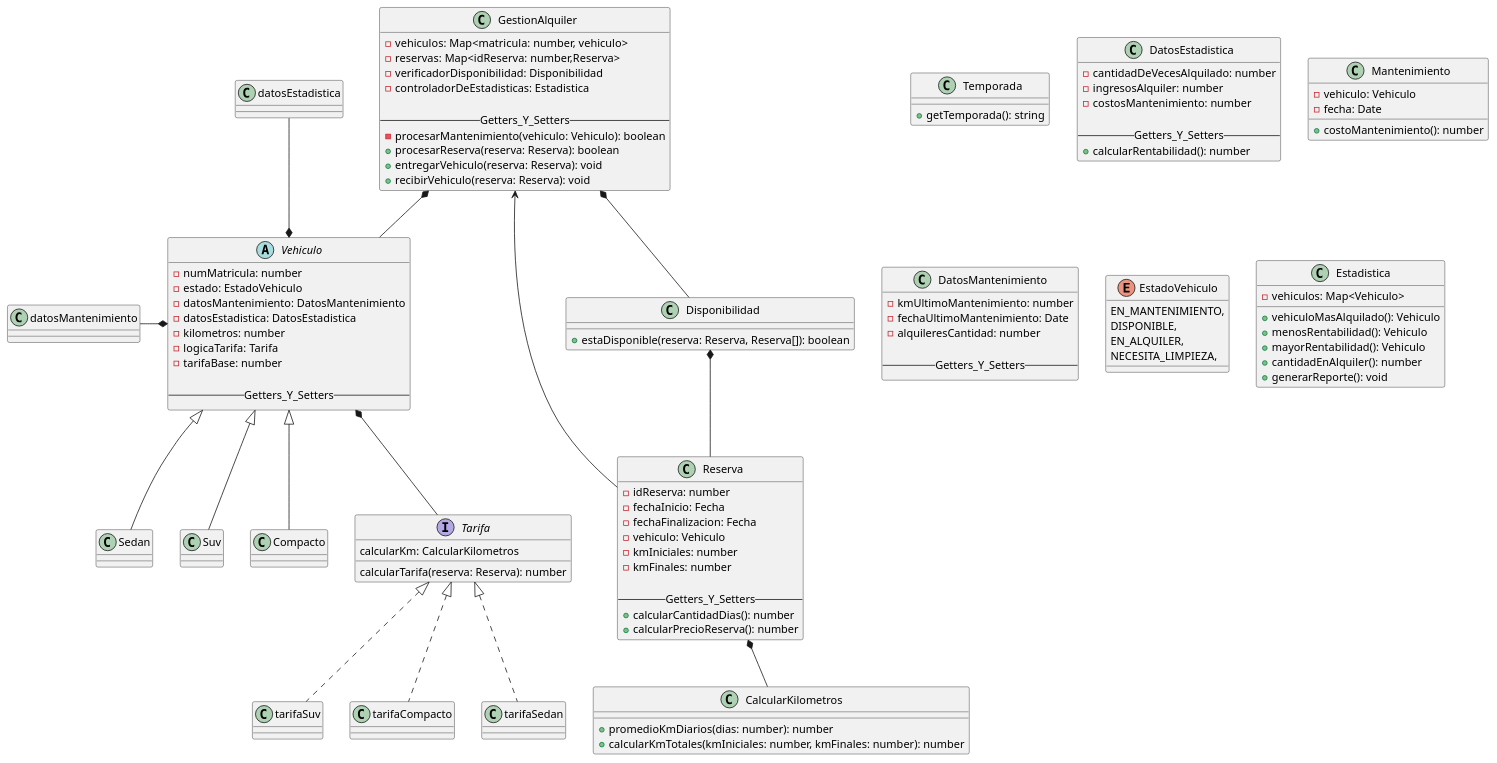
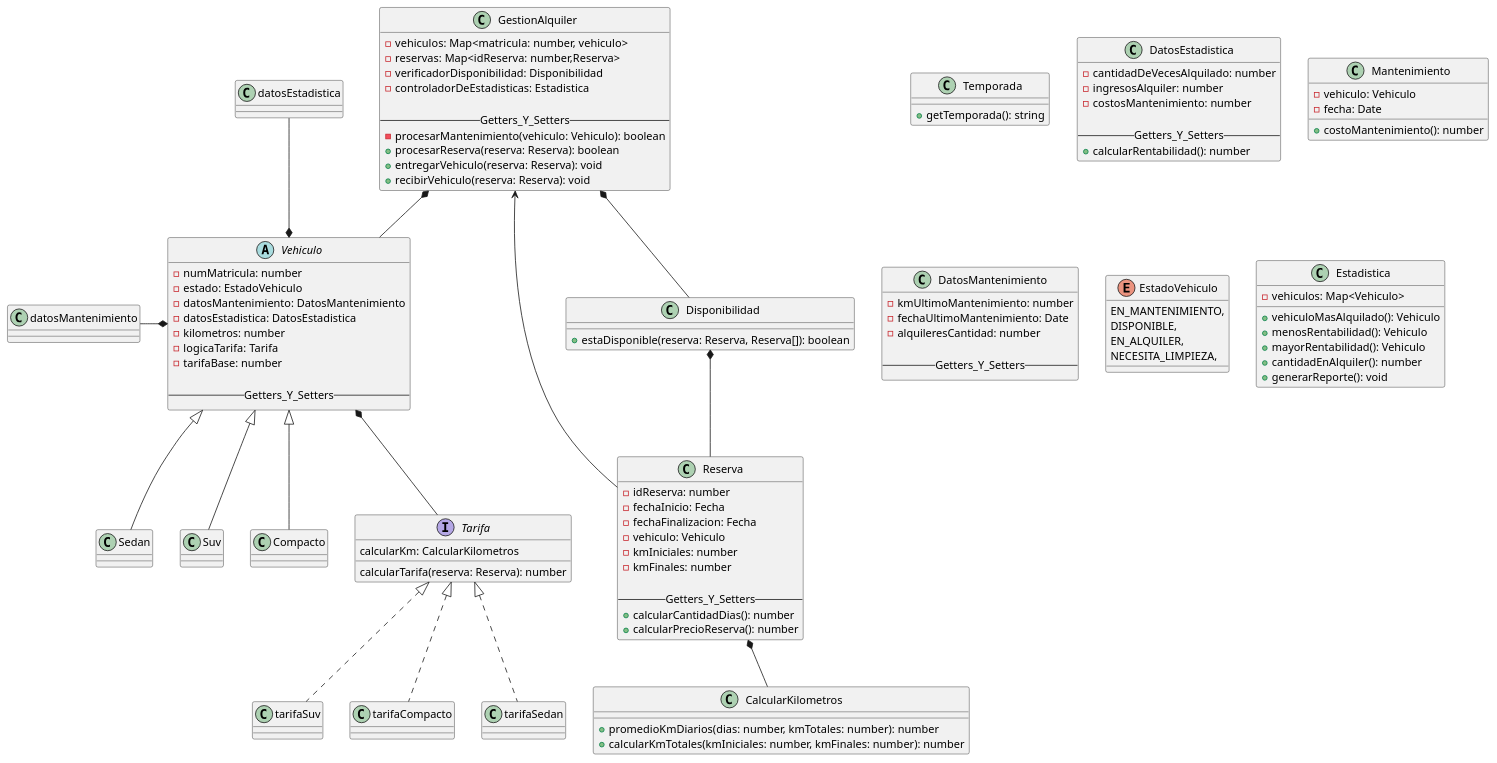
Before and after one commit to Nash-Blip/Programaci-n-II: the diagram in diagrama/DiagramaDeClases_enu2.puml, drawn with PlantUML.

Commit message:
agregue kmTotales a promedio dias

```diff
--- a/diagrama/DiagramaDeClases_enu2.puml
+++ b/diagrama/DiagramaDeClases_enu2.puml
@@ -1,120 +1,120 @@
 @startuml name prototipoTP
 
 abstract class Vehiculo{
     - numMatricula: number
     - estado: EstadoVehiculo
     - datosMantenimiento: DatosMantenimiento
     - datosEstadistica: DatosEstadistica
     - kilometros: number
     - logicaTarifa: Tarifa
     - tarifaBase: number
 
     --Getters_Y_Setters--
 }
 
 class Sedan extends Vehiculo{}
 class Suv extends Vehiculo{}
 class Compacto extends Vehiculo{}
 
 class Temporada{
     +getTemporada(): string
 }
 
 class DatosEstadistica{
     -cantidadDeVecesAlquilado: number
     -ingresosAlquiler: number
     -costosMantenimiento: number
 
     --Getters_Y_Setters--
     +calcularRentabilidad(): number
 }
 
 class Mantenimiento{
     -vehiculo: Vehiculo
     -fecha: Date
 
     +costoMantenimiento(): number
 }
 
 class DatosMantenimiento{
     -kmUltimoMantenimiento: number
     -fechaUltimoMantenimiento: Date 
     -alquileresCantidad: number
 
     --Getters_Y_Setters--
 }
 
 interface Tarifa{
     calcularKm: CalcularKilometros
     calcularTarifa(reserva: Reserva): number
 }
 
 class tarifaSuv implements Tarifa{}
 
 class tarifaCompacto implements Tarifa{}
 
 class tarifaSedan implements Tarifa{}
 
 class Reserva{
     -idReserva: number
     -fechaInicio: Fecha
     -fechaFinalizacion: Fecha
     -vehiculo: Vehiculo
     -kmIniciales: number
     -kmFinales: number
 
     --Getters_Y_Setters--
     +calcularCantidadDias(): number
     +calcularPrecioReserva(): number
 }
 
 class CalcularKilometros{
-    +promedioKmDiarios(dias: number): number
+    +promedioKmDiarios(dias: number, kmTotales: number): number
     +calcularKmTotales(kmIniciales: number, kmFinales: number): number
 }
 
 enum EstadoVehiculo{
     EN_MANTENIMIENTO,
     DISPONIBLE,
     EN_ALQUILER,
     NECESITA_LIMPIEZA,
 }
 
 class GestionAlquiler{
     -vehiculos: Map<matricula: number, vehiculo>
     -reservas: Map<idReserva: number,Reserva>
     -verificadorDisponibilidad: Disponibilidad
     -controladorDeEstadisticas: Estadistica
 
     --Getters_Y_Setters--
     -procesarMantenimiento(vehiculo: Vehiculo): boolean
     +procesarReserva(reserva: Reserva): boolean
     +entregarVehiculo(reserva: Reserva): void
     +recibirVehiculo(reserva: Reserva): void
 }
 
 class Disponibilidad{
     +estaDisponible(reserva: Reserva, Reserva[]): boolean
 }
 
 class Estadistica{
     -vehiculos: Map<Vehiculo>
     + vehiculoMasAlquilado(): Vehiculo
     + menosRentabilidad(): Vehiculo
     + mayorRentabilidad(): Vehiculo
     + cantidadEnAlquiler(): number
     + generarReporte(): void
 }
 
 
 ' Relaciones
 Vehiculo *-- Tarifa
 GestionAlquiler *-- Vehiculo
 Disponibilidad *-- Reserva
 Reserva *-- CalcularKilometros
 GestionAlquiler *-- Disponibilidad
 GestionAlquiler <-- Reserva
 Vehiculo *-u- datosEstadistica
 Vehiculo *-l- datosMantenimiento
 
 @enduml
```
